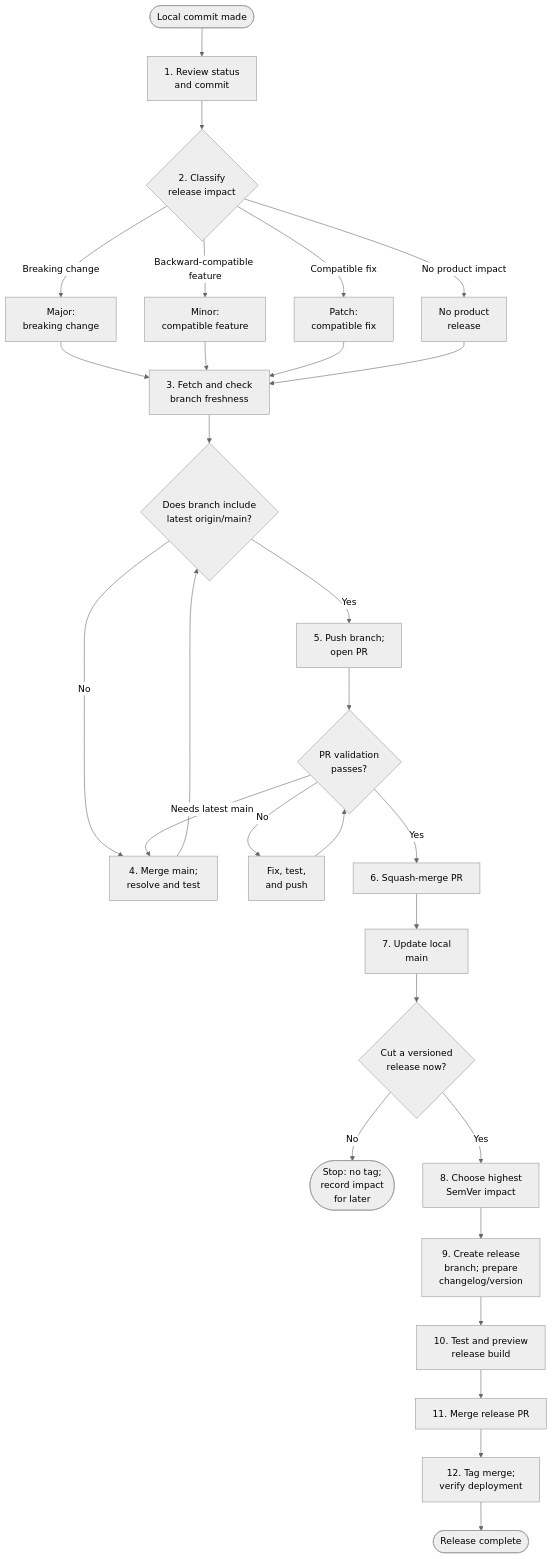
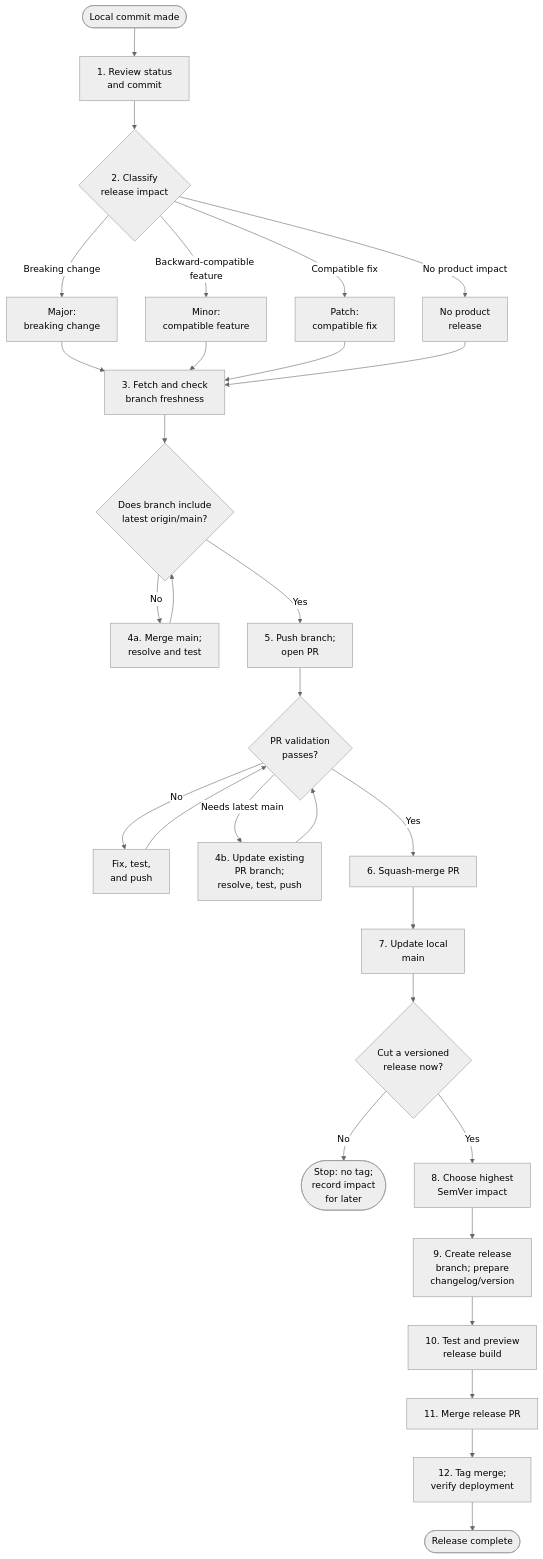
Before and after one commit to mccrispy/spirit-island-randomizer: the diagram in playbooks/releasing-flow.md, drawn with Mermaid (neutral theme). The commit also changed other lines of this file, not shown here.

Commit message:
improvements to release-flow.md

````diff
--- a/playbooks/releasing-flow.md
+++ b/playbooks/releasing-flow.md
@@ -15,31 +15,32 @@
 ```mermaid
 flowchart TD
     A([Local commit made]) --> B["1. Review status<br/> and commit"]
     B --> C{"2. Classify<br/>release impact"}
     C -->|Breaking change| C1["Major:<br/>breaking change"]
     C -->|Backward-compatible feature| C2["Minor:<br/>compatible feature"]
     C -->|Compatible fix| C3["Patch:<br/>compatible fix"]
     C -->|No product impact| C4["No product<br/>release"]
     C1 --> D["3. Fetch and check<br/>branch freshness"]
     C2 --> D
     C3 --> D
     C4 --> D
     D --> E{"Does branch include<br/>latest origin/main?"}
-    E -->|No| F["4. Merge main;<br/>resolve and test"]
+    E -->|No| F["4a. Merge main;<br/>resolve and test"]
     F --> E
     E -->|Yes| G["5. Push branch;<br/>open PR"]
     G --> H{"PR validation<br/>passes?"}
     H -->|No| I["Fix, test,<br/>and push"]
     I --> H
-    H -->|Needs latest main| F
+    H -->|Needs latest main| F2["4b. Update existing<br/>PR branch;<br/>resolve, test, push"]
+    F2 --> H
     H -->|Yes| J["6. Squash-merge PR"]
     J --> K["7. Update local<br/>main"]
     K --> L{"Cut a versioned<br/>release now?"}
     L -->|No| M([Stop: no tag;<br/>record impact<br/>for later])
     L -->|Yes| N["8. Choose highest<br/>SemVer impact"]
     N --> O["9. Create release<br/>branch; prepare<br/>changelog/version"]
     O --> P["10. Test and preview<br/>release build"]
     P --> Q["11. Merge release PR"]
     Q --> R["12. Tag merge;<br/>verify deployment"]
     R --> S([Release complete])
 ```
````
